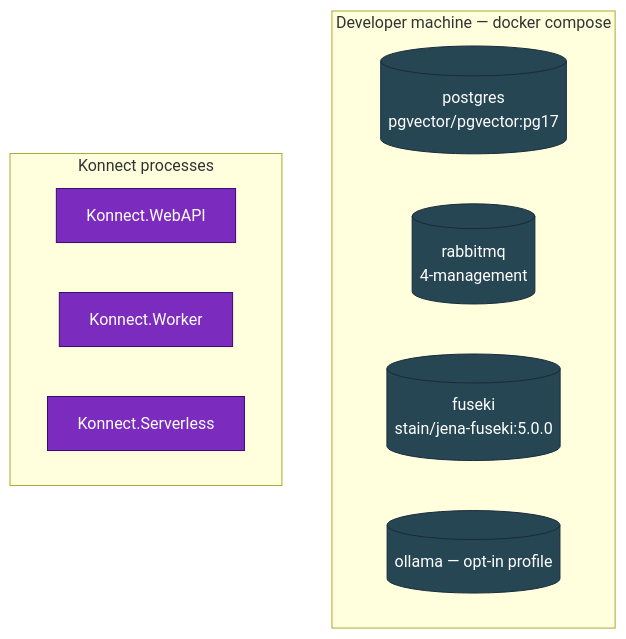
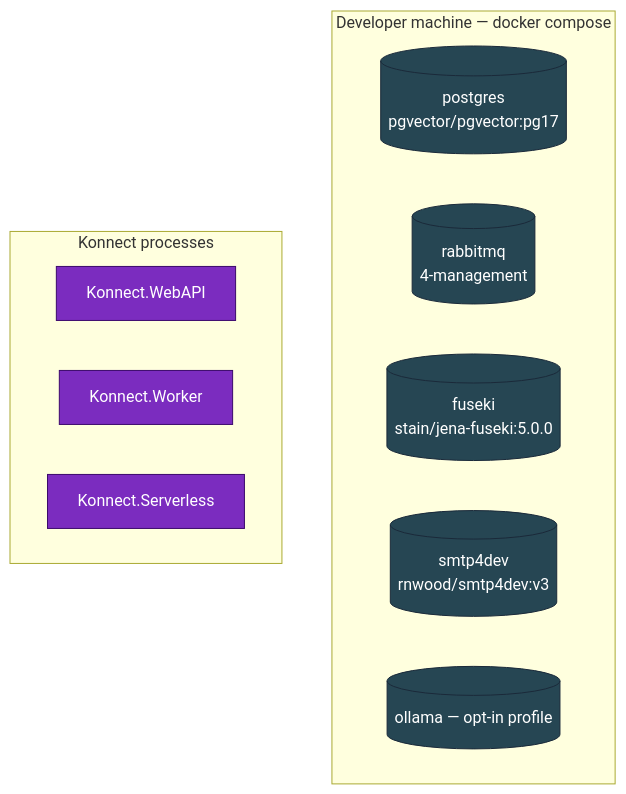
The diagram in wikis/infrastructure/Overview.md (win-son-dev/konnect-server), drawn with Mermaid before and after one commit. The commit also changed other lines of this file and 5 other files, not shown here.

First line of the commit message:
docs: add root README + smtp4dev wiki page

````diff
--- a/wikis/infrastructure/Overview.md
+++ b/wikis/infrastructure/Overview.md
@@ -5,21 +5,22 @@
 ```mermaid
 flowchart TB
     subgraph dev["Developer machine — docker compose"]
         direction LR
         Postgres[(postgres<br/>pgvector/pgvector:pg17)]
         Rabbit[(rabbitmq<br/>4-management)]
         Fuseki[(fuseki<br/>stain/jena-fuseki:5.0.0)]
+        Smtp[(smtp4dev<br/>rnwood/smtp4dev:v3)]
         Ollama[(ollama — opt-in profile)]
     end
 
     subgraph processes["Konnect processes"]
         WebAPI[Konnect.WebAPI]
         Worker[Konnect.Worker]
         Serverless[Konnect.Serverless]
     end
 
     classDef store fill:#264653,stroke:#1b2a3a,color:#fff
     classDef proc fill:#7b2cbf,stroke:#3c096c,color:#fff
-    class Postgres,Rabbit,Fuseki,Ollama store
+    class Postgres,Rabbit,Fuseki,Smtp,Ollama store
     class WebAPI,Worker,Serverless proc
 ```
````
